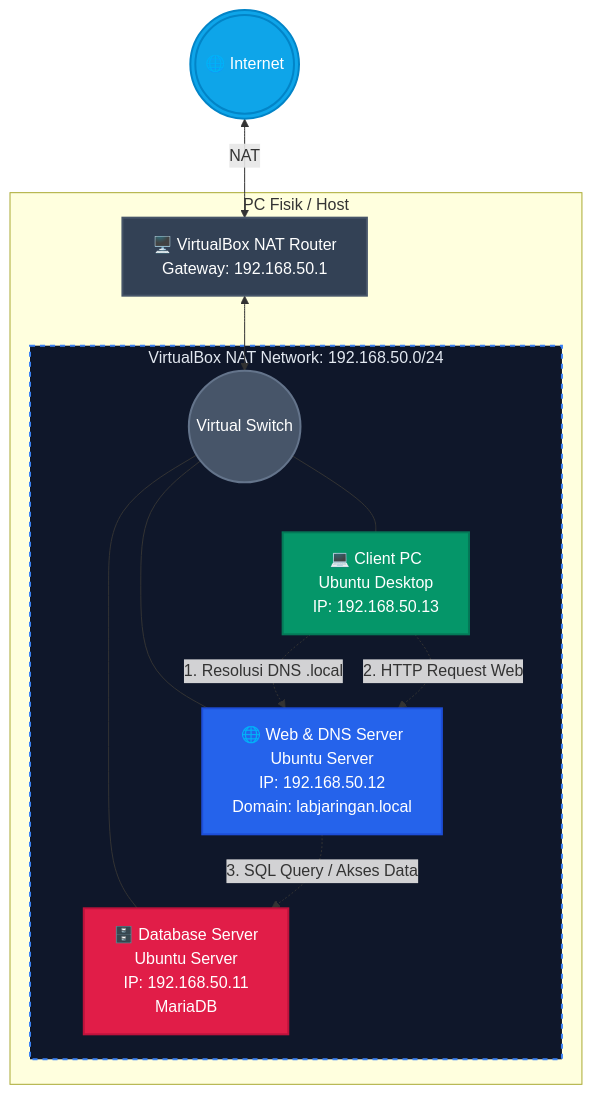
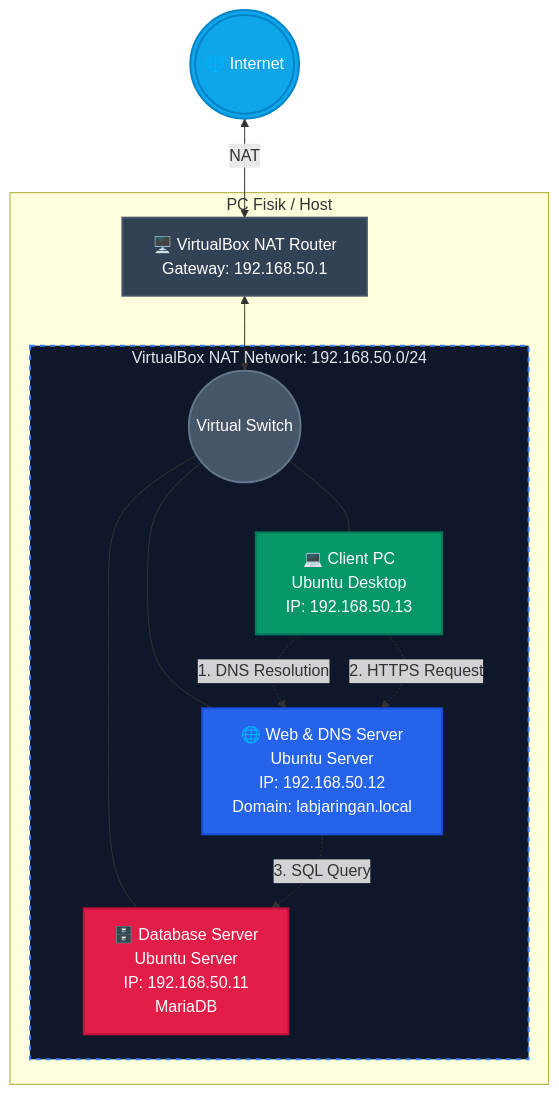
One commit to aheifartp/3-Tier-Network-Architecture-Lab-Local- changed the diagram in README.md. Above: the diagram before and after it, drawn with Mermaid. The commit also changed other lines of this file, not shown here.

````diff
--- a/README.md
+++ b/README.md
@@ -3,40 +35,35 @@
 ```mermaid
 flowchart TD
-    %% Styling
     classDef internet fill:#0ea5e9,stroke:#0284c7,stroke-width:2px,color:#fff,rx:50px,ry:50px
     classDef router fill:#334155,stroke:#475569,stroke-width:2px,color:#fff
     classDef switch fill:#475569,stroke:#64748b,stroke-width:2px,color:#fff
     classDef vmClient fill:#059669,stroke:#047857,stroke-width:2px,color:#fff
     classDef vmWeb fill:#2563eb,stroke:#1d4ed8,stroke-width:2px,color:#fff
     classDef vmDB fill:#e11d48,stroke:#be123c,stroke-width:2px,color:#fff
     classDef networkBox fill:#0f172a,stroke:#3b82f6,stroke-width:2px,stroke-dasharray: 5 5,color:#e2e8f0
 
-    %% Nodes
     INET(((🌐 Internet))):::internet
-    
+
     subgraph Host [PC Fisik / Host]
         VBoxRouter[🖥️ VirtualBox NAT Router<br/>Gateway: 192.168.50.1]:::router
-        
+
         subgraph NatNet [VirtualBox NAT Network: 192.168.50.0/24]
             Switch((Virtual Switch)):::switch
-            
             Client[💻 Client PC<br/>Ubuntu Desktop<br/>IP: 192.168.50.13]:::vmClient
             Web[🌐 Web & DNS Server<br/>Ubuntu Server<br/>IP: 192.168.50.12<br/>Domain: labjaringan.local]:::vmWeb
             DB[🗄️ Database Server<br/>Ubuntu Server<br/>IP: 192.168.50.11<br/>MariaDB]:::vmDB
         end
     end
 
-    %% Connections (Physical/Virtual Wires)
     INET <-->|NAT| VBoxRouter
     VBoxRouter <--> Switch
     Switch --- Client
     Switch --- Web
     Switch --- DB
 
-    %% Logical Connections (Traffic Flow)
-    Client -.->|1. Resolusi DNS .local| Web
-    Client -.->|2. HTTP Request Web| Web
-    Web -.->|3. SQL Query / Akses Data| DB
+    Client -.->|1. DNS Resolution| Web
+    Client -.->|2. HTTPS Request| Web
+    Web -.->|3. SQL Query| DB
 
     class NatNet networkBox
 ```
````
